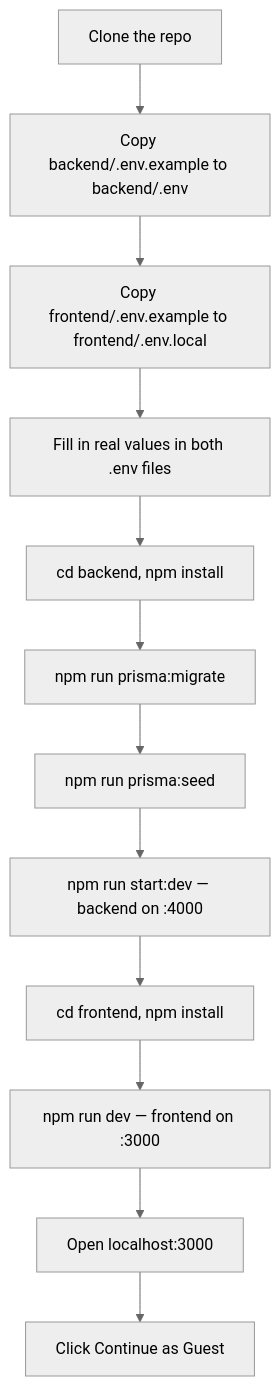
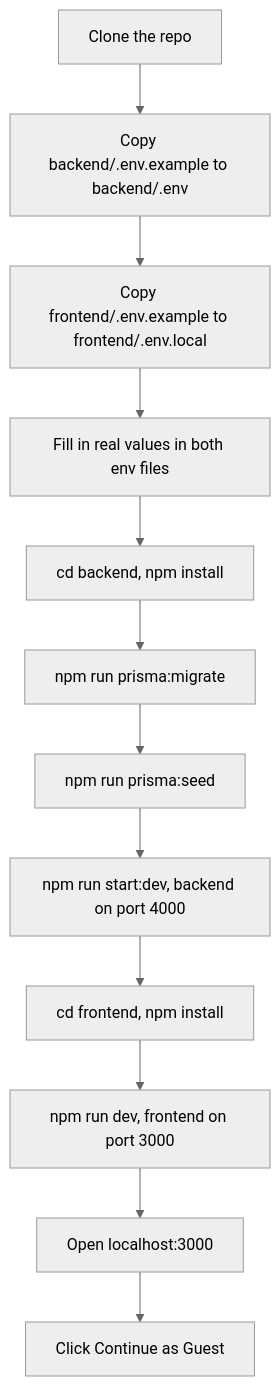
One commit to MohammadAnas-07/flowboard changed the diagram in README.md. Above: the diagram before and after it, drawn with Mermaid (neutral theme).

Commit message:
docs: quote every label in the setup flowchart
Verified the block parses with the real mermaid parser (flowchart-v2) both
before and after, so this isn't fixing a break. Quoting all labels is just
more robust across mermaid versions than relying on unquoted labels
containing colons (prisma:migrate, localhost:3000) parsing correctly
everywhere, and drops the em dashes from two node labels.

````diff
--- a/README.md
+++ b/README.md
@@ -26,14 +26,14 @@
 ```mermaid
 flowchart TD
-    A[Clone the repo] --> B["Copy backend/.env.example to backend/.env"]
+    A["Clone the repo"] --> B["Copy backend/.env.example to backend/.env"]
     B --> C["Copy frontend/.env.example to frontend/.env.local"]
-    C --> D[Fill in real values in both .env files]
+    C --> D["Fill in real values in both env files"]
     D --> E["cd backend, npm install"]
-    E --> F[npm run prisma:migrate]
-    F --> G[npm run prisma:seed]
-    G --> H["npm run start:dev — backend on :4000"]
+    E --> F["npm run prisma:migrate"]
+    F --> G["npm run prisma:seed"]
+    G --> H["npm run start:dev, backend on port 4000"]
     H --> I["cd frontend, npm install"]
-    I --> J["npm run dev — frontend on :3000"]
-    J --> K[Open localhost:3000]
-    K --> L[Click Continue as Guest]
+    I --> J["npm run dev, frontend on port 3000"]
+    J --> K["Open localhost:3000"]
+    K --> L["Click Continue as Guest"]
 ```
````
